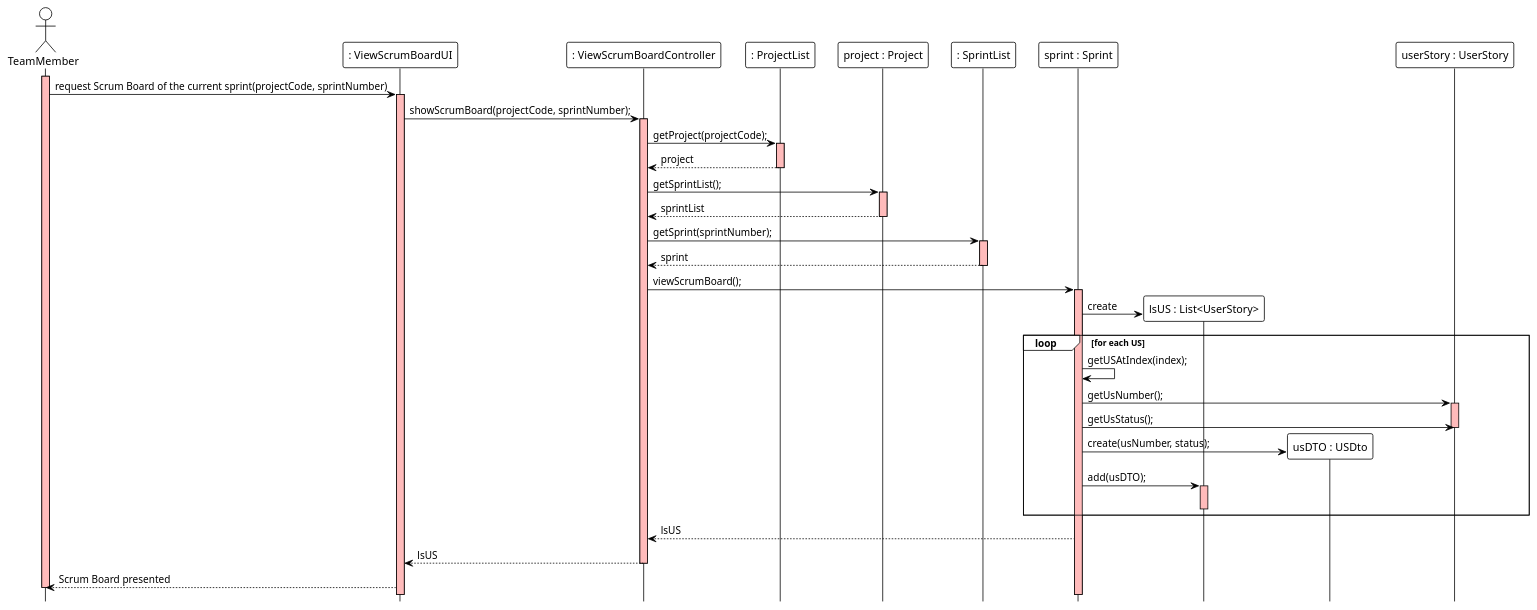
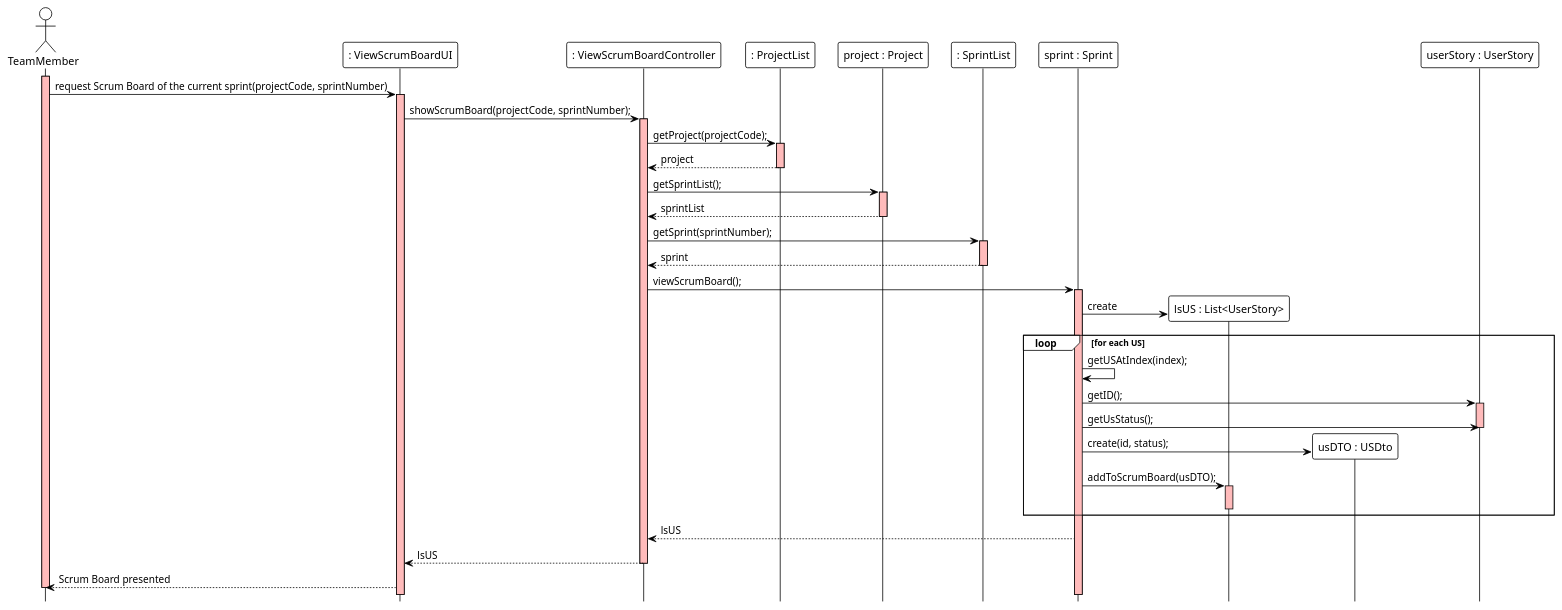
Before and after one commit to ivo-menezes/project_g3: the diagram in docs/modelling_design/user_stories/us022/US022_ViewScrumBoardSD.puml, drawn with PlantUML. The commit also changed 1 other file, not shown here.

```diff
--- a/docs/modelling_design/user_stories/us022/US022_ViewScrumBoardSD.puml
+++ b/docs/modelling_design/user_stories/us022/US022_ViewScrumBoardSD.puml
@@ -1,64 +1,64 @@
 @startuml
 !theme plain
 hide footbox
 
 actor TeamMember as User
 participant ": ViewScrumBoardUI" as UI
 participant ": ViewScrumBoardController" as Controller
 participant ": ProjectList" as List
 participant "project : Project" as Project
 participant ": SprintList" as SprintList
 participant "sprint : Sprint" as Sprint
 participant "lsUS : List<UserStory>" as DTOList
 participant "usDTO : USDto" as Dto
 participant "userStory : UserStory" as US
 
 activate User #FFBBBB
 User -> UI: request Scrum Board of the current sprint(projectCode, sprintNumber)
 
 activate UI #FFBBBB
 UI -> Controller: showScrumBoard(projectCode, sprintNumber);
 activate Controller #FFBBBB
 
 Controller -> List: getProject(projectCode);
 activate List #FFBBBB
 List --> Controller: project
 deactivate List
 
 Controller -> Project: getSprintList();
 activate Project #FFBBBB
 Project --> Controller: sprintList
 deactivate Project
 
 Controller -> SprintList: getSprint(sprintNumber);
 activate SprintList #FFBBBB
 SprintList --> Controller: sprint
 deactivate SprintList
 
 Controller -> Sprint: viewScrumBoard();
 activate Sprint #FFBBBB
 
 Sprint -> DTOList **: create
 
 loop for each US
 Sprint -> Sprint: getUSAtIndex(index);
 
-Sprint -> US: getUsNumber();
+Sprint -> US: getID();
 activate US #FFBBBB
 
 Sprint -> US: getUsStatus();
 deactivate US
 
-Sprint -> Dto **: create(usNumber, status);
-Sprint -> DTOList: add(usDTO);
+Sprint -> Dto **: create(id, status);
+Sprint -> DTOList: addToScrumBoard(usDTO);
 activate DTOList #FFBBBB
 deactivate DTOList
 end
 
 Sprint --> Controller: lsUS
 Controller --> UI: lsUS
 deactivate Controller
 
 UI --> User: Scrum Board presented
 deactivate User
 @enduml
```
